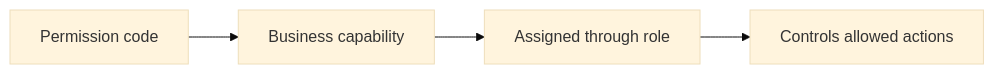
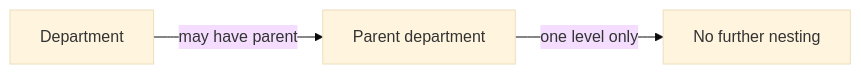
The eighth of 24 diagrams in openai/gpt-5.4-mini/erp/docs/analysis/04-business-rules.md (wrtnlabs/autobe-examples), drawn with Mermaid (base theme) before and after one commit. The commit also changed other lines of this file and 9017 other files, not shown here.

````diff
--- a/openai/gpt-5.4-mini/erp/docs/analysis/04-business-rules.md
+++ b/openai/gpt-5.4-mini/erp/docs/analysis/04-business-rules.md
@@ -338,6 +476,5 @@
 ```mermaid
 flowchart LR
-    A["Permission code"] --> B["Business capability"]
-    B --> C["Assigned through role"]
-    C --> D["Controls allowed actions"]
+    A["Department"] -->|"may have parent"| B["Parent department"]
+    B -->|"one level only"| C["No further nesting"]
 ```
````
